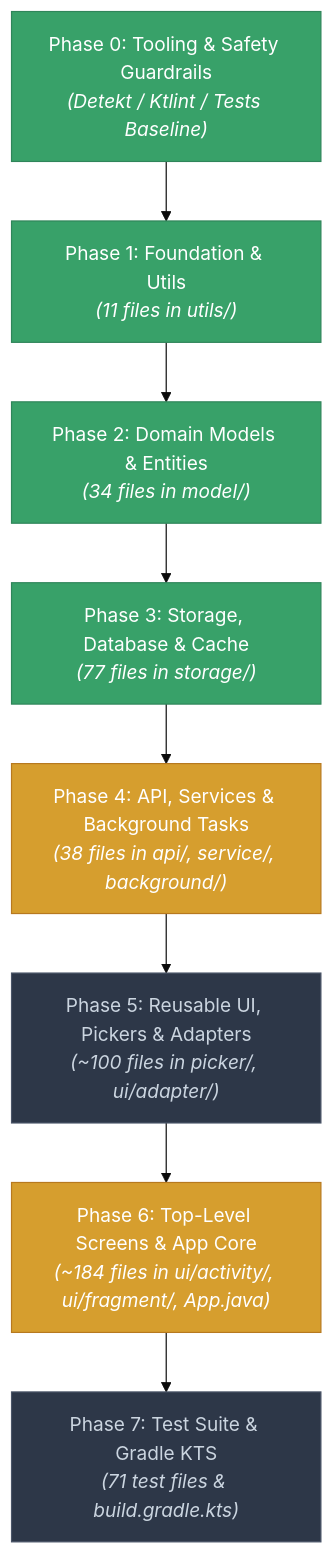
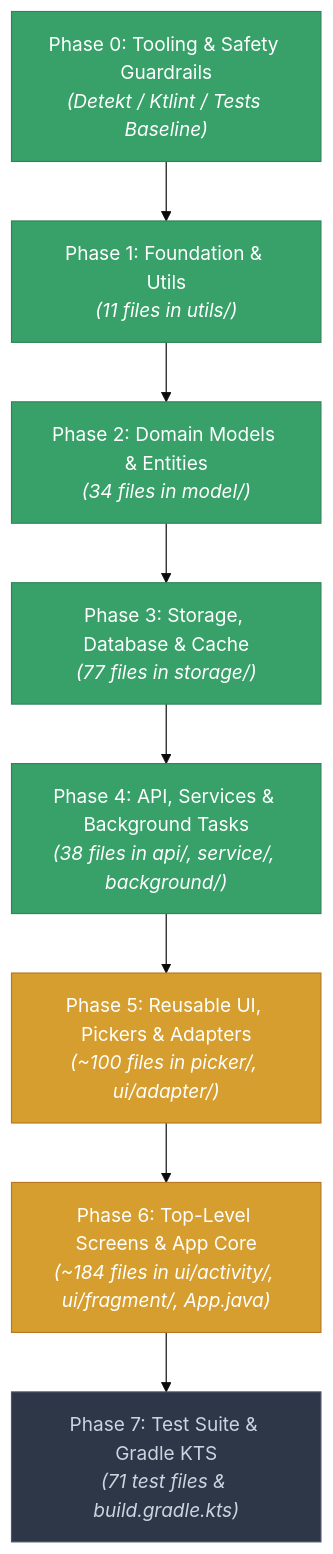
One commit to solomonrajan/cashledger changed the first of 2 diagrams in KOTLIN_MIGRATION.mdx. Above: the diagram before and after it, drawn with Mermaid (base theme). The commit also changed other lines of this file and 18 other files, not shown here.

````diff
--- a/KOTLIN_MIGRATION.mdx
+++ b/KOTLIN_MIGRATION.mdx
@@ -58,23 +58,23 @@
 ```mermaid
 flowchart TD
     classDef pending fill:#2D3748,stroke:#4A5568,color:#CBD5E0
     classDef inprog fill:#D69E2E,stroke:#B7791F,color:#FFFFFF
     classDef complete fill:#38A169,stroke:#2F855A,color:#FFFFFF
 
     P0["Phase 0: Tooling & Safety Guardrails<br/><i>(Detekt / Ktlint / Tests Baseline)</i>"]:::complete
     P1["Phase 1: Foundation & Utils<br/><i>(11 files in utils/)</i>"]:::complete
     P2["Phase 2: Domain Models & Entities<br/><i>(34 files in model/)</i>"]:::complete
     P3["Phase 3: Storage, Database & Cache<br/><i>(77 files in storage/)</i>"]:::complete
-    P4["Phase 4: API, Services & Background Tasks<br/><i>(38 files in api/, service/, background/)</i>"]:::inprog
-    P5["Phase 5: Reusable UI, Pickers & Adapters<br/><i>(~100 files in picker/, ui/adapter/)</i>"]:::pending
+    P4["Phase 4: API, Services & Background Tasks<br/><i>(38 files in api/, service/, background/)</i>"]:::complete
+    P5["Phase 5: Reusable UI, Pickers & Adapters<br/><i>(~100 files in picker/, ui/adapter/)</i>"]:::inprog
     P6["Phase 6: Top-Level Screens & App Core<br/><i>(~184 files in ui/activity/, ui/fragment/, App.java)</i>"]:::inprog
     P7["Phase 7: Test Suite & Gradle KTS<br/><i>(71 test files & build.gradle.kts)</i>"]:::pending
 
     P0 --> P1
     P1 --> P2
     P2 --> P3
     P3 --> P4
     P4 --> P5
     P5 --> P6
     P6 --> P7
 ```
````
